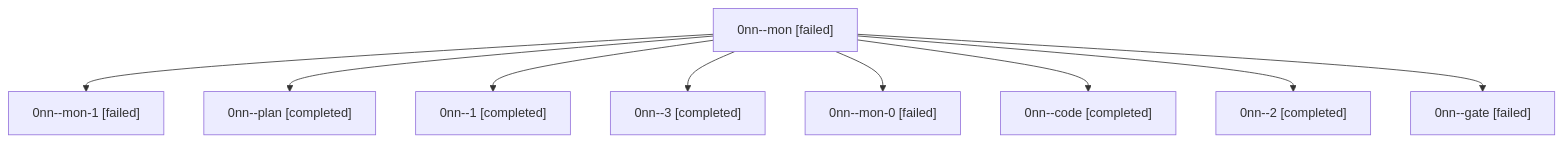
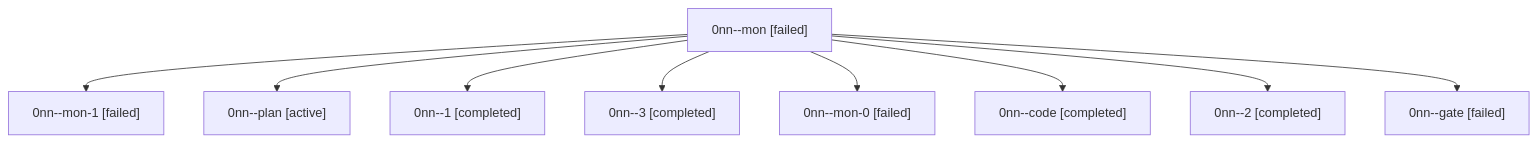
One commit to sase-org/sase--agents changed the diagram in families/bbugyi200.athena.0nn.md. Above: the diagram before and after it, drawn with Mermaid. The commit also changed other lines of this file and 35830 other files, not shown here.

````diff
--- a/families/bbugyi200.athena.0nn.md
+++ b/families/bbugyi200.athena.0nn.md
@@ -9,20 +9,20 @@
 ```mermaid
 flowchart TD
   n0["0nn--mon [failed]"]
   n1["0nn--mon-1 [failed]"]
   n0 --> n1
-  n2["0nn--plan [completed]"]
+  n2["0nn--plan [active]"]
   n0 --> n2
   n3["0nn--1 [completed]"]
   n0 --> n3
   n4["0nn--3 [completed]"]
   n0 --> n4
   n5["0nn--mon-0 [failed]"]
   n0 --> n5
   n6["0nn--code [completed]"]
   n0 --> n6
   n7["0nn--2 [completed]"]
   n0 --> n7
   n8["0nn--gate [failed]"]
   n0 --> n8
 ```
````
